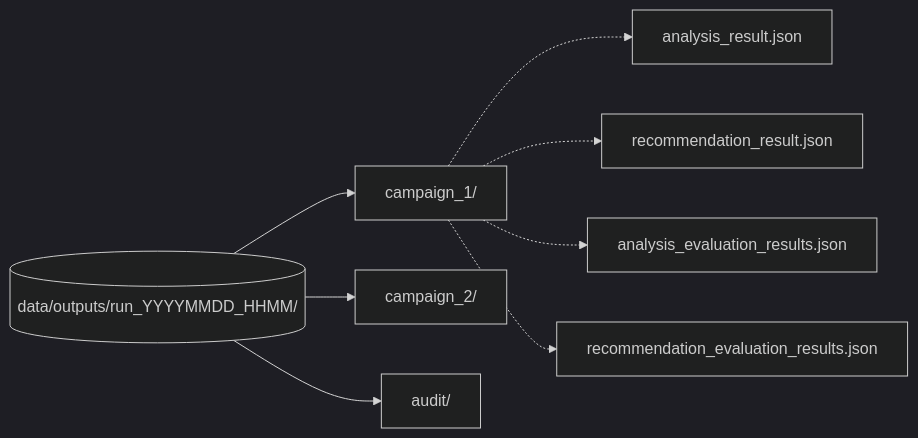
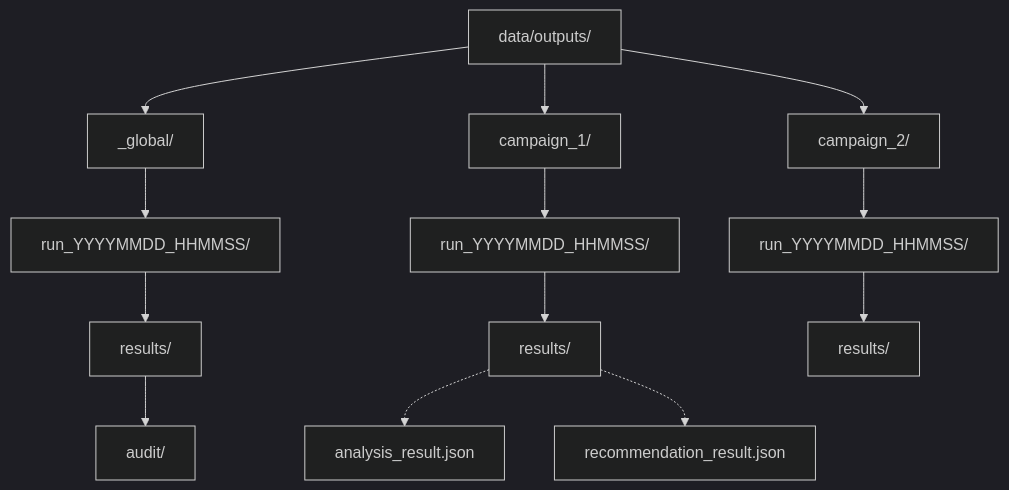
The fourth of 4 diagrams in README.md (WaelMohsen/Team4-MarketingExpert), drawn with Mermaid (dark theme) before and after one commit. The commit also changed other lines of this file and 4 other files, not shown here.

````diff
--- a/README.md
+++ b/README.md
@@ -80,11 +80,19 @@
 ```mermaid
-graph LR
-    ROOT[(data/outputs/run_YYYYMMDD_HHMM/)] --> CA[campaign_1/]
-    ROOT --> CB[campaign_2/]
-    ROOT --> AUDIT[audit/]
+graph TD
+    ROOT[data/outputs/] --> GLOBAL[_global/]
+    ROOT --> C1[campaign_1/]
+    ROOT --> C2[campaign_2/]
+
+    GLOBAL --> GR[run_YYYYMMDD_HHMMSS/]
+    GR --> GRES[results/]
+    GRES --> AUDIT[audit/]
+
+    C1 --> C1R[run_YYYYMMDD_HHMMSS/]
+    C1R --> C1RES[results/]
     
-    CA -.-> A[analysis_result.json]
-    CA -.-> R[recommendation_result.json]
-    CA -.-> AE[analysis_evaluation_results.json]
-    CA -.-> RE[recommendation_evaluation_results.json]
+    C2 --> C2R[run_YYYYMMDD_HHMMSS/]
+    C2R --> C2RES[results/]
+    
+    C1RES -.-> A[analysis_result.json]
+    C1RES -.-> R[recommendation_result.json]
 ```
````
